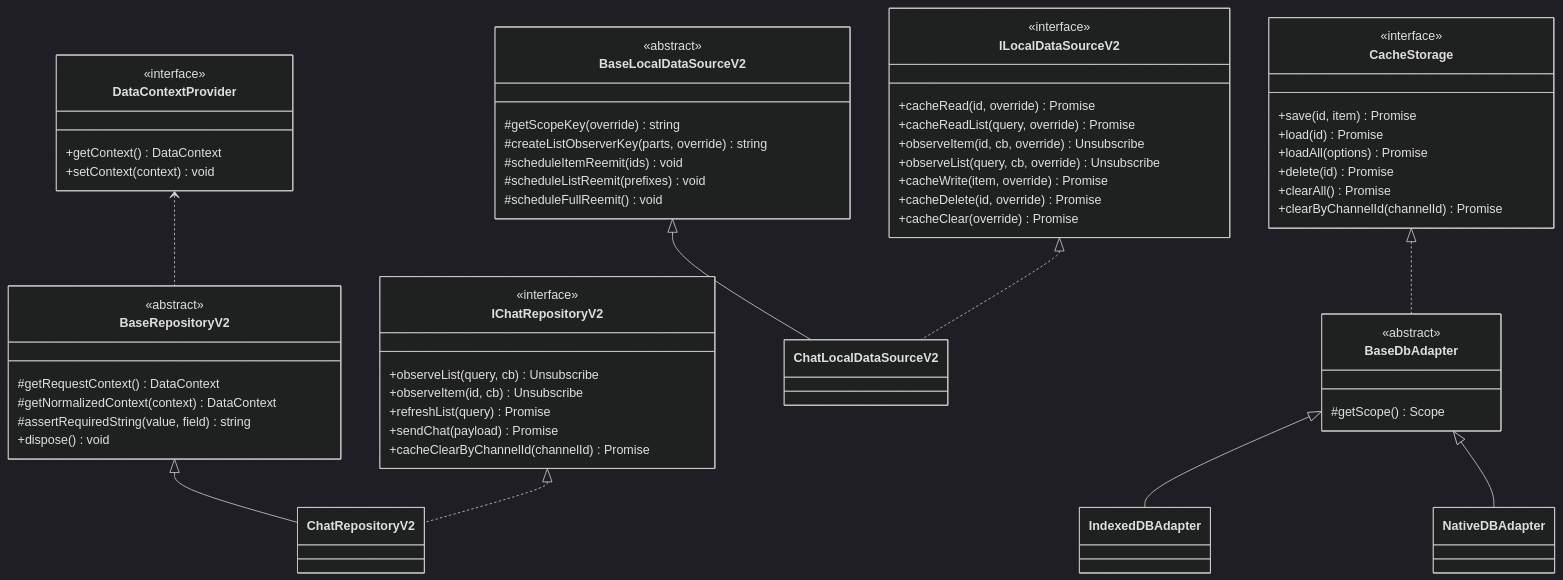
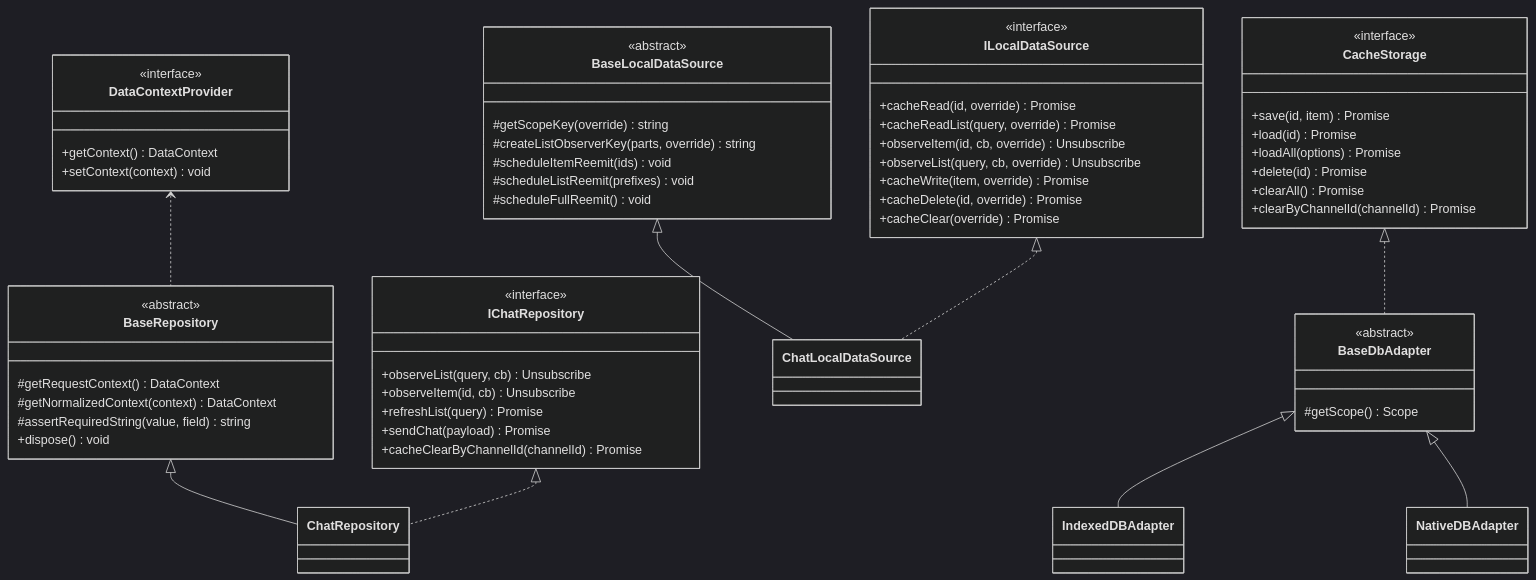
Before and after one commit to lemoncloud-io/dou-app: the diagram in libs/data/docs/repositories/README.md, drawn with Mermaid (dark theme). The commit also changed other lines of this file and 86 other files, not shown here.

````diff
--- a/libs/data/docs/repositories/README.md
+++ b/libs/data/docs/repositories/README.md
@@ -51,74 +53,74 @@
 ```mermaid
 classDiagram
     class DataContextProvider {
         <<interface>>
         +getContext() DataContext
         +setContext(context) void
     }
 
-    class BaseRepositoryV2 {
+    class BaseRepository {
         <<abstract>>
         #getRequestContext() DataContext
         #getNormalizedContext(context) DataContext
         #assertRequiredString(value, field) string
         +dispose() void
     }
 
-    class IChatRepositoryV2 {
+    class IChatRepository {
         <<interface>>
         +observeList(query, cb) Unsubscribe
         +observeItem(id, cb) Unsubscribe
         +refreshList(query) Promise
         +sendChat(payload) Promise
         +cacheClearByChannelId(channelId) Promise
     }
-    class ChatRepositoryV2
+    class ChatRepository
 
-    BaseRepositoryV2 <|-- ChatRepositoryV2
-    IChatRepositoryV2 <|.. ChatRepositoryV2
-    DataContextProvider <.. BaseRepositoryV2
+    BaseRepository <|-- ChatRepository
+    IChatRepository <|.. ChatRepository
+    DataContextProvider <.. BaseRepository
 
-    class ILocalDataSourceV2 {
+    class ILocalDataSource {
         <<interface>>
         +cacheRead(id, override) Promise
         +cacheReadList(query, override) Promise
         +observeItem(id, cb, override) Unsubscribe
         +observeList(query, cb, override) Unsubscribe
         +cacheWrite(item, override) Promise
         +cacheDelete(id, override) Promise
         +cacheClear(override) Promise
     }
 
-    class BaseLocalDataSourceV2 {
+    class BaseLocalDataSource {
         <<abstract>>
         #getScopeKey(override) string
         #createListObserverKey(parts, override) string
         #scheduleItemReemit(ids) void
         #scheduleListReemit(prefixes) void
         #scheduleFullReemit() void
     }
-    class ChatLocalDataSourceV2
+    class ChatLocalDataSource
 
-    BaseLocalDataSourceV2 <|-- ChatLocalDataSourceV2
-    ILocalDataSourceV2 <|.. ChatLocalDataSourceV2
+    BaseLocalDataSource <|-- ChatLocalDataSource
+    ILocalDataSource <|.. ChatLocalDataSource
 
     class CacheStorage {
         <<interface>>
         +save(id, item) Promise
         +load(id) Promise
         +loadAll(options) Promise
         +delete(id) Promise
         +clearAll() Promise
         +clearByChannelId(channelId) Promise
     }
     class BaseDbAdapter {
         <<abstract>>
         #getScope() Scope
     }
     class IndexedDBAdapter
     class NativeDBAdapter
 
     CacheStorage <|.. BaseDbAdapter
     BaseDbAdapter <|-- IndexedDBAdapter
     BaseDbAdapter <|-- NativeDBAdapter
 ```
````
